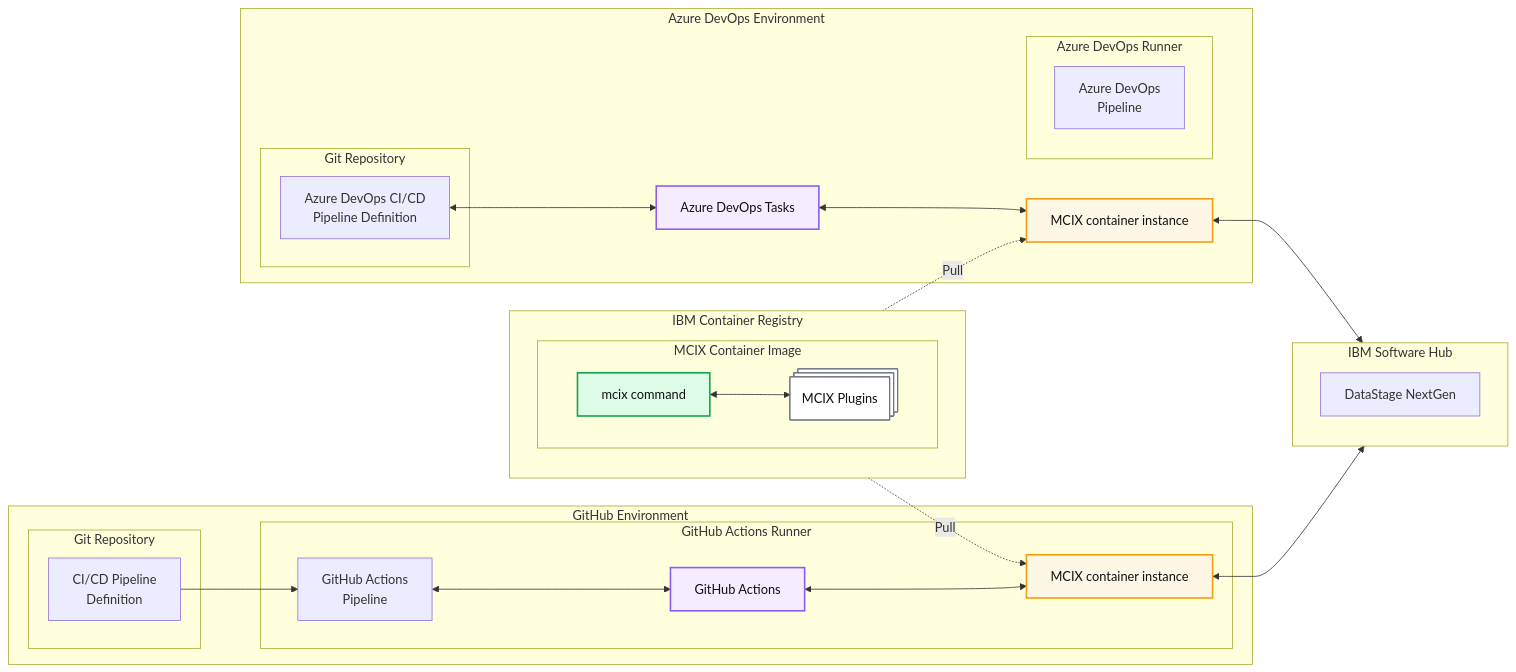
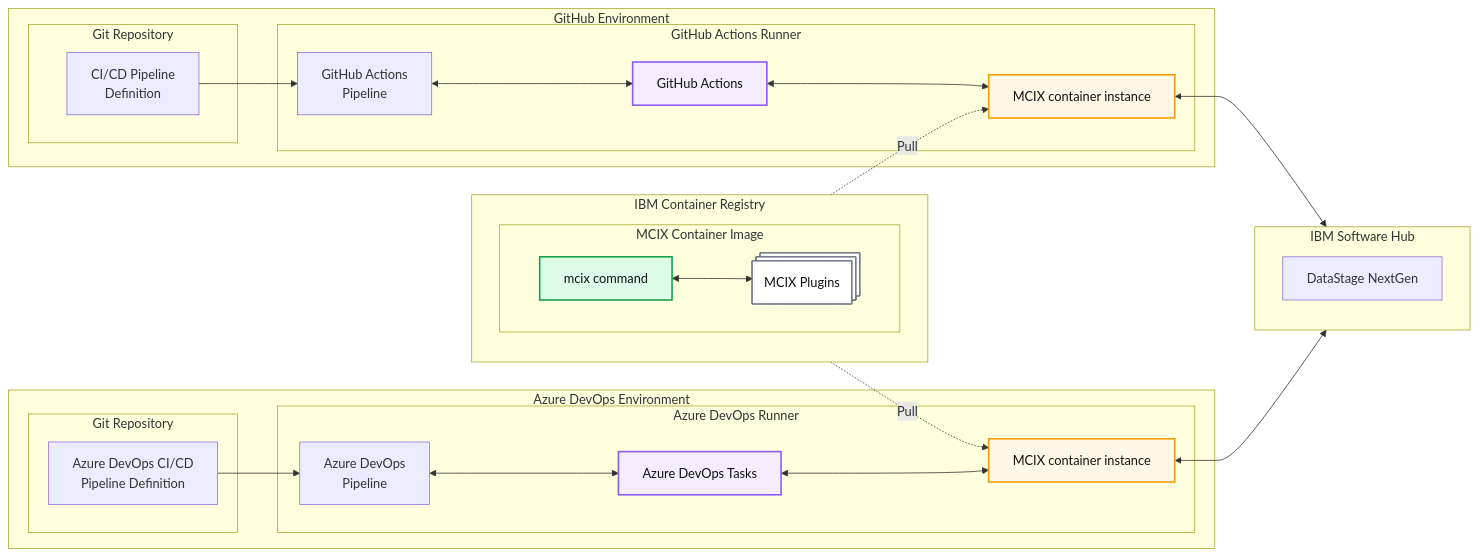
The diagram in ARCHITECTURE.md (MettleCI/mcix), drawn with Mermaid before and after one commit.

```diff
--- a/ARCHITECTURE.md
+++ b/ARCHITECTURE.md
@@ -62,13 +62,13 @@
   %% =========================
   subgraph ADO["Azure DevOps Environment"]
       subgraph ADOREPO["Git Repository"]
-        ADOPIPE["Azure DevOps CI/CD<br/>Pipeline Definition"]
+        ADOPIPEDEF["Azure DevOps CI/CD<br/>Pipeline Definition"]
       end
       subgraph ADORUN["Azure DevOps Runner"]
         ADOPIPERUN["Azure DevOps<br/>Pipeline"]
+        ADOT["Azure DevOps Tasks"]
+        ADOCONT["MCIX container instance"]
       end
-      ADOT["Azure DevOps Tasks"]
-      ADOCONT["MCIX container instance"]
   end
   class ADOT tooling
   class ADOCONT runtime
@@ -80,7 +80,8 @@
   IMG -. Pull .-> ADOCONT
 
   %% ADO Tooling references 
-  ADOPIPE <--> ADOT
+  ADOPIPEDEF --> ADOPIPERUN
+  ADOPIPERUN <--> ADOT
   ADOT <--> ADOCONT
 
   %% Action/Task links to CPD
```
